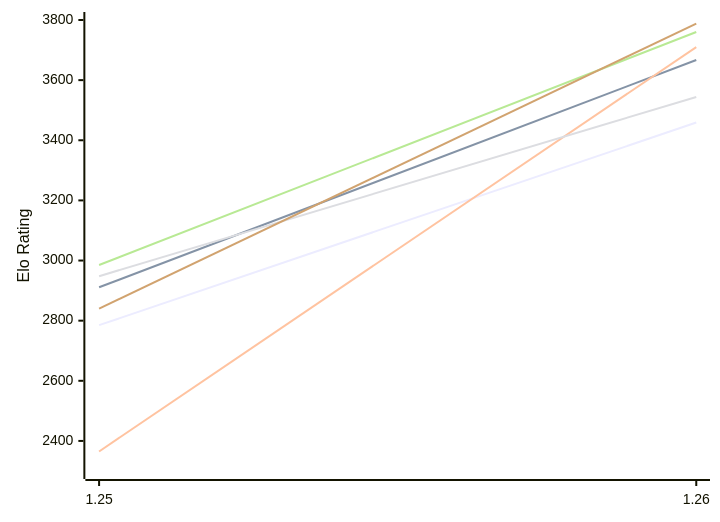
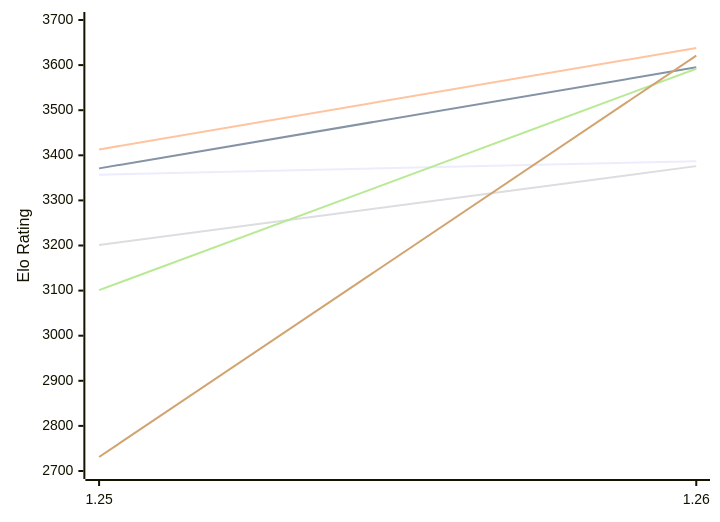
The first of 2 diagrams in engines/Caissa.md (computer-chess-index/cci), drawn with Mermaid before and after one commit. The commit also changed other lines of this file, not shown here.

Commit message:
Update CCI Ratings (ELO VLTC) - 2026-11-13

````diff
--- a/engines/Caissa.md
+++ b/engines/Caissa.md
@@ -56,12 +56,12 @@
 ```mermaid
 %%{init: {"theme":"base","themeVariables":{"seriesColors:['#a3a3a3','#222221','#faa371']}}}%%
 xychart-beta
   x-axis ["1.25", "1.26"]
-  y-axis "Elo Rating" 2300 --> 3800
-  line "E1: STC (8.0+0.08s)" [2785, 3459]
-  line "E1: LTC (60.0+0.60s)" [2911, 3667]
-  line "E1: VLTC (2m24s+1.12s)" [2365, 3710]
-  line "P1: STC (8.0+0.08s)" [2948, 3544]
-  line "P1: LTC (60.0+0.60s)" [2985, 3760]
-  line "P1: VLTC (2m24s+1.12s)" [2840, 3788]
+  y-axis "Elo Rating" 2700 --> 3700
+  line "E1: STC (8.0+0.08s)" [3357, 3387]
+  line "E1: LTC (60.0+0.60s)" [3371, 3595]
+  line "E1: VLTC (2m24s+1.12s)" [3413, 3638]
+  line "P1: STC (8.0+0.08s)" [3201, 3376]
+  line "P1: LTC (60.0+0.60s)" [3101, 3592]
+  line "P1: VLTC (2m24s+1.12s)" [2731, 3621]
 ```
````
